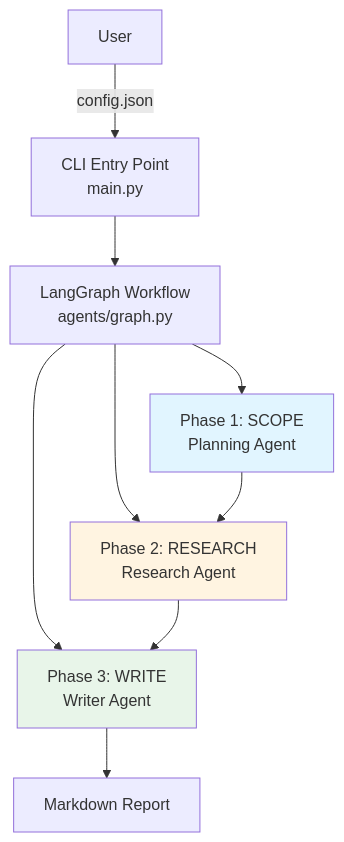
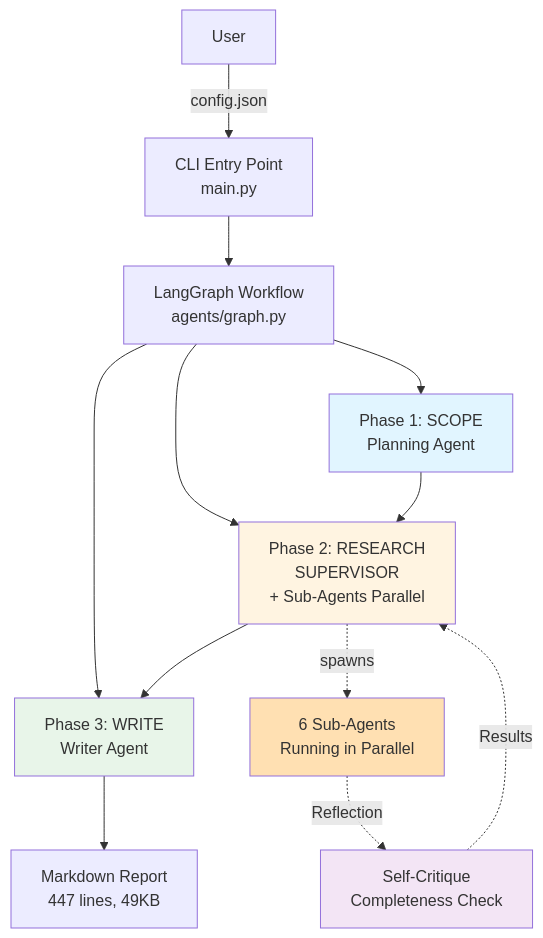
One commit to dvm81/deep changed the first of 5 diagrams in SYSTEM_ARCHITECTURE.md. Above: the diagram before and after it, drawn with Mermaid. The commit also changed other lines of this file and 4 other files, not shown here.

````diff
--- a/SYSTEM_ARCHITECTURE.md
+++ b/SYSTEM_ARCHITECTURE.md
@@ -9,17 +14,23 @@
 ```mermaid
 graph TB
     User[User] -->|config.json| CLI[CLI Entry Point<br/>main.py]
     CLI --> Graph[LangGraph Workflow<br/>agents/graph.py]
 
     Graph --> Phase1[Phase 1: SCOPE<br/>Planning Agent]
-    Graph --> Phase2[Phase 2: RESEARCH<br/>Research Agent]
+    Graph --> Phase2[Phase 2: RESEARCH<br/>SUPERVISOR<br/>+ Sub-Agents Parallel]
     Graph --> Phase3[Phase 3: WRITE<br/>Writer Agent]
 
     Phase1 --> Phase2
     Phase2 --> Phase3
-    Phase3 --> Output[Markdown Report]
+    Phase3 --> Output[Markdown Report<br/>447 lines, 49KB]
+
+    Phase2 -.->|spawns| SubAgents[6 Sub-Agents<br/>Running in Parallel]
+    SubAgents -.->|Reflection| SelfCritique[Self-Critique<br/>Completeness Check]
+    SelfCritique -.->|Results| Phase2
 
     style Phase1 fill:#e1f5ff
     style Phase2 fill:#fff4e1
     style Phase3 fill:#e8f5e9
+    style SubAgents fill:#ffe0b2
+    style SelfCritique fill:#f3e5f5
 ```
````
